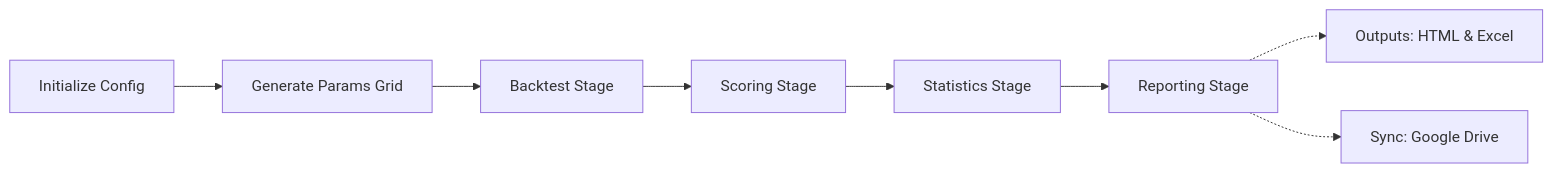
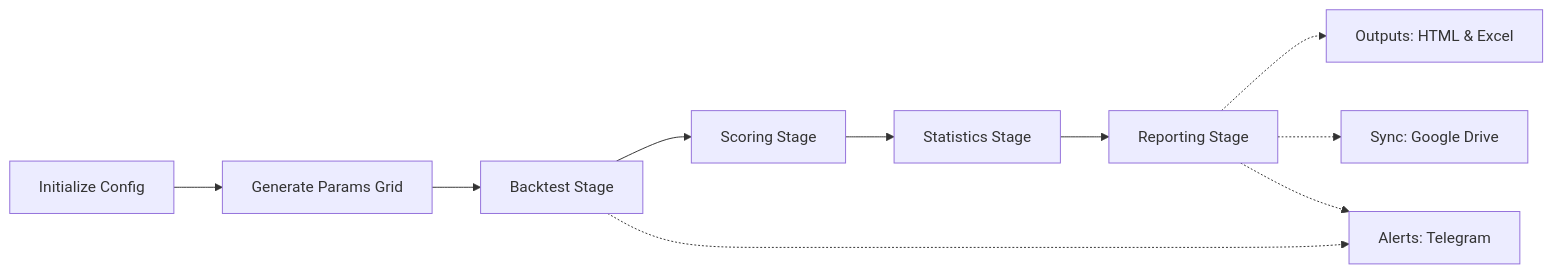
One commit to Thanhnt15/GigaAlpha changed the second of 2 diagrams in README.md. Above: the diagram before and after it, drawn with Mermaid. The commit also changed other lines of this file and 3 other files, not shown here.

Commit message:
docs: simplify monitoring descriptions and update architectural diagrams

````diff
--- a/README.md
+++ b/README.md
@@ -57,11 +63,13 @@
 ```mermaid
 flowchart LR
     A["Initialize Config"] --> B["Generate Params Grid"]
     B --> C["Backtest Stage"]
     C --> D["Scoring Stage"]
     D --> E["Statistics Stage"]
     E --> F["Reporting Stage"]
 
     F -.-> V["Outputs: HTML & Excel"]
     F -.-> G["Sync: Google Drive"]
+    C -.-> T["Alerts: Telegram"]
+    F -.-> T
 ```
````
